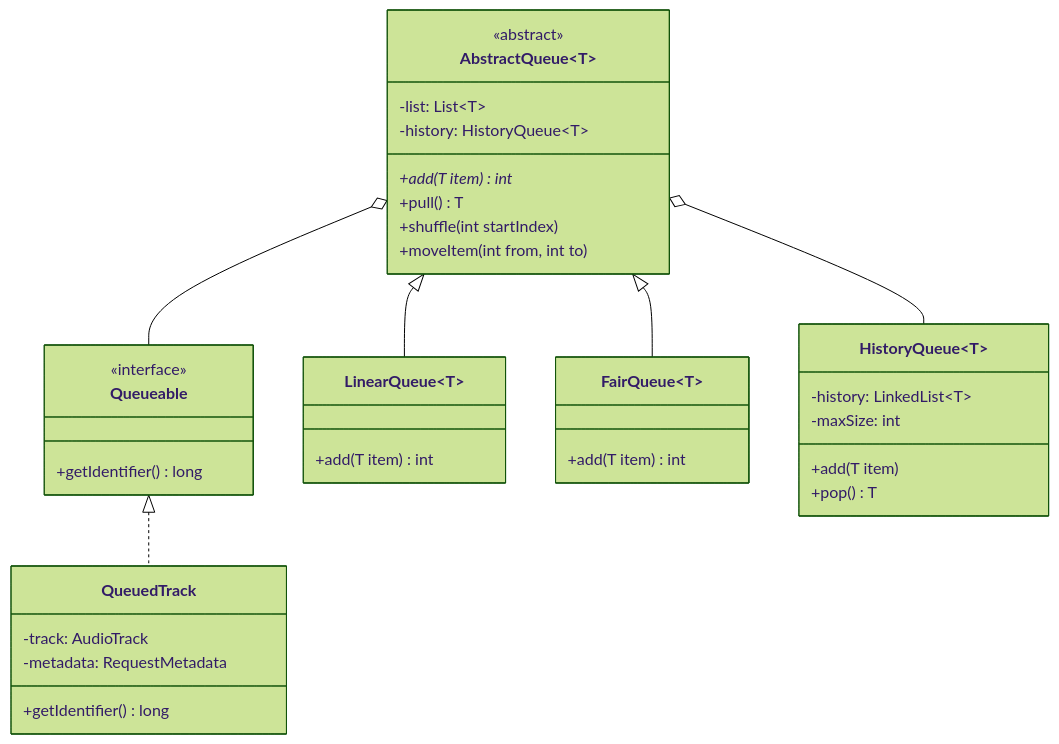
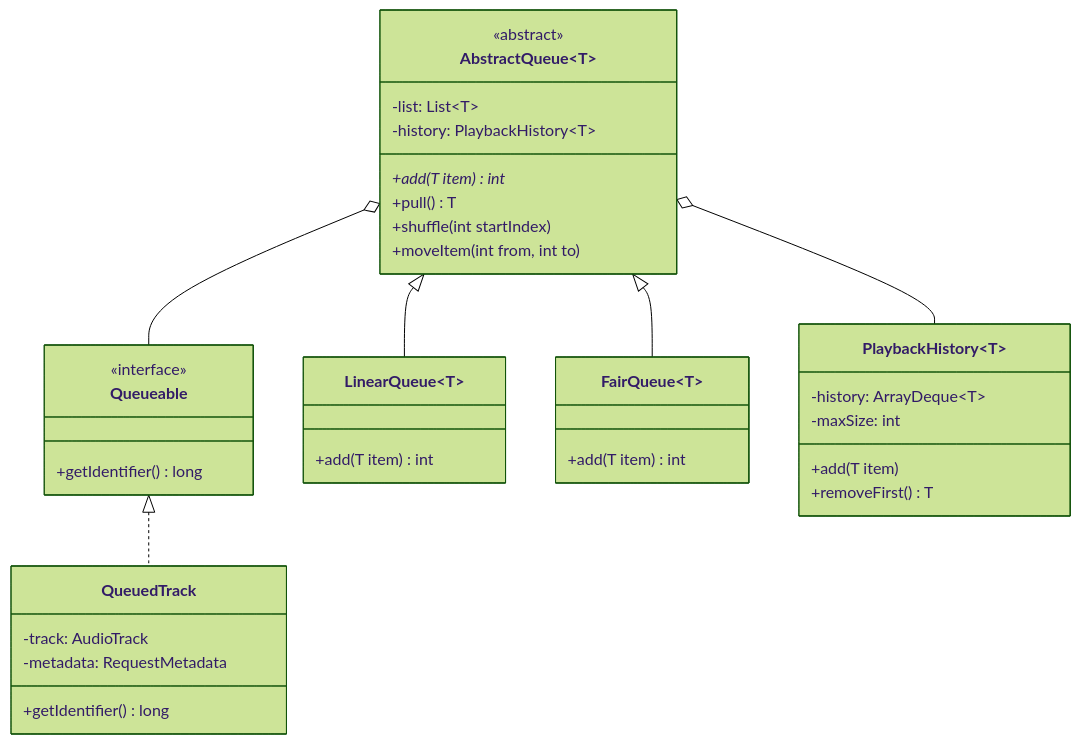
Before and after one commit to PedroFreyPizzolato/rpg-player: the second of 4 diagrams in docs/ARCHITECTURE.md, drawn with Mermaid (forest theme). The commit also changed 15 other files, not shown here.

First line of the commit message:
Refactor queue history management

````diff
--- a/docs/ARCHITECTURE.md
+++ b/docs/ARCHITECTURE.md
@@ -152,44 +152,44 @@
 ```mermaid
 classDiagram
     class Queueable {
         <<interface>>
         +getIdentifier() long
     }
     
     class AbstractQueue~T~ {
         <<abstract>>
         -list: List~T~
-        -history: HistoryQueue~T~
+        -history: PlaybackHistory~T~
         +add(T item)* int
         +pull() T
         +shuffle(int startIndex)
         +moveItem(int from, int to)
     }
     
     class LinearQueue~T~ {
         +add(T item) int
     }
     
     class FairQueue~T~ {
         +add(T item) int
     }
     
-    class HistoryQueue~T~ {
-        -history: LinkedList~T~
+    class PlaybackHistory~T~ {
+        -history: ArrayDeque~T~
         -maxSize: int
         +add(T item)
-        +pop() T
+        +removeFirst() T
     }
     
     class QueuedTrack {
         -track: AudioTrack
         -metadata: RequestMetadata
         +getIdentifier() long
     }
     
     Queueable <|.. QueuedTrack
     AbstractQueue <|-- LinearQueue
     AbstractQueue <|-- FairQueue
-    AbstractQueue o-- HistoryQueue
+    AbstractQueue o-- PlaybackHistory
     AbstractQueue o-- Queueable
 ```
````
